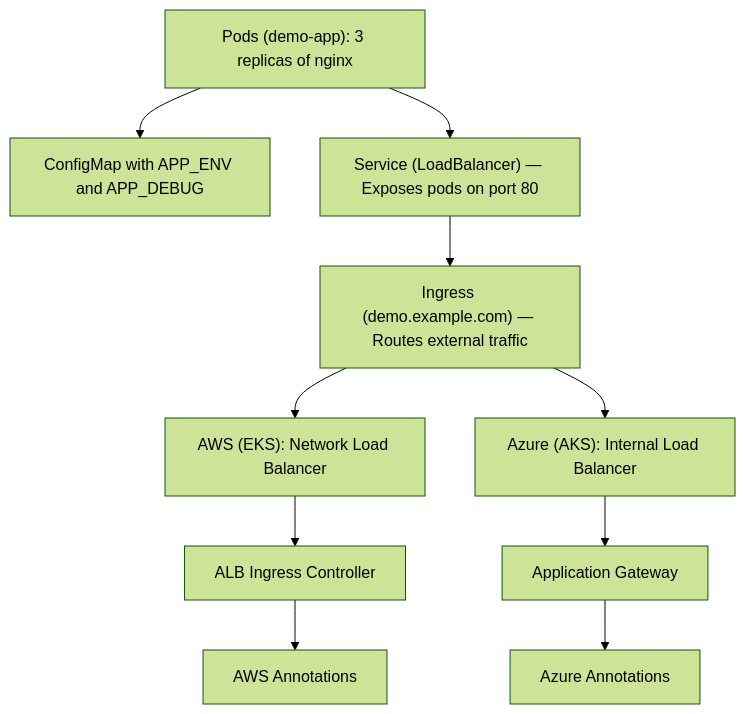
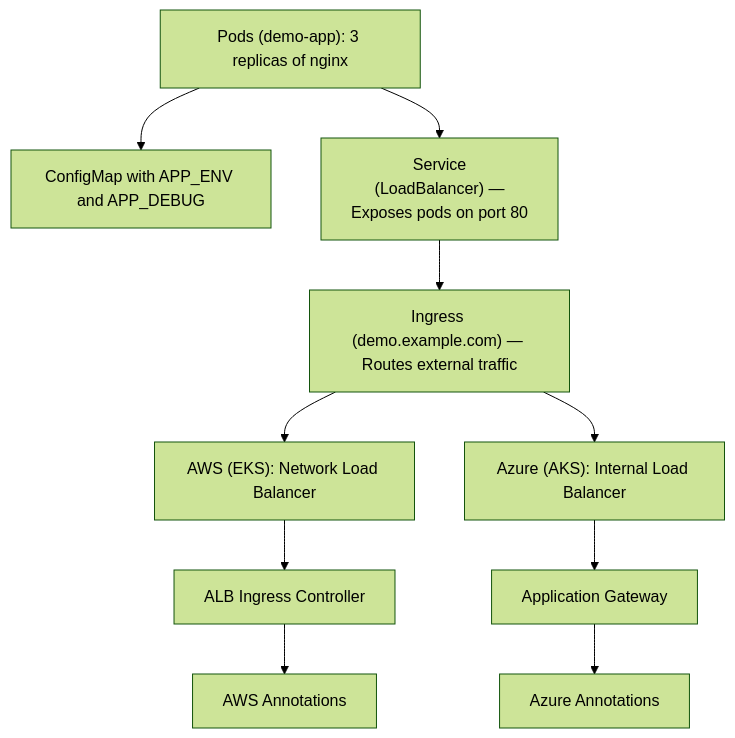
The diagram in README.md (obintui10/kubernetes-multi-cloud-demo), drawn with Mermaid (forest theme) before and after one commit.

````diff
--- a/README.md
+++ b/README.md
@@ -98,15 +98,17 @@
 ```mermaid
 flowchart TB
     Pods["Pods (demo-app): 3 replicas of nginx"] --> Config["ConfigMap with APP_ENV and APP_DEBUG"]
 
-    Pods --> Service["Service (LoadBalancer) — Exposes pods on port 80"]
+    Pods --> Service["Service
+ (LoadBalancer) —
+Exposes pods on port 80"]
     Service --> Ingress["Ingress (demo.example.com) — Routes external traffic"]
 
     Ingress --> AWS_NLB["AWS (EKS): Network Load Balancer"]
     AWS_NLB --> AWS_ALB["ALB Ingress Controller"]
     AWS_ALB --> AWS_Anno["AWS Annotations"]
 
     Ingress --> Azure_ILB["Azure (AKS): Internal Load Balancer"]
     Azure_ILB --> Azure_AppGW["Application Gateway"]
     Azure_AppGW --> Azure_Anno["Azure Annotations"]
 ```
````
